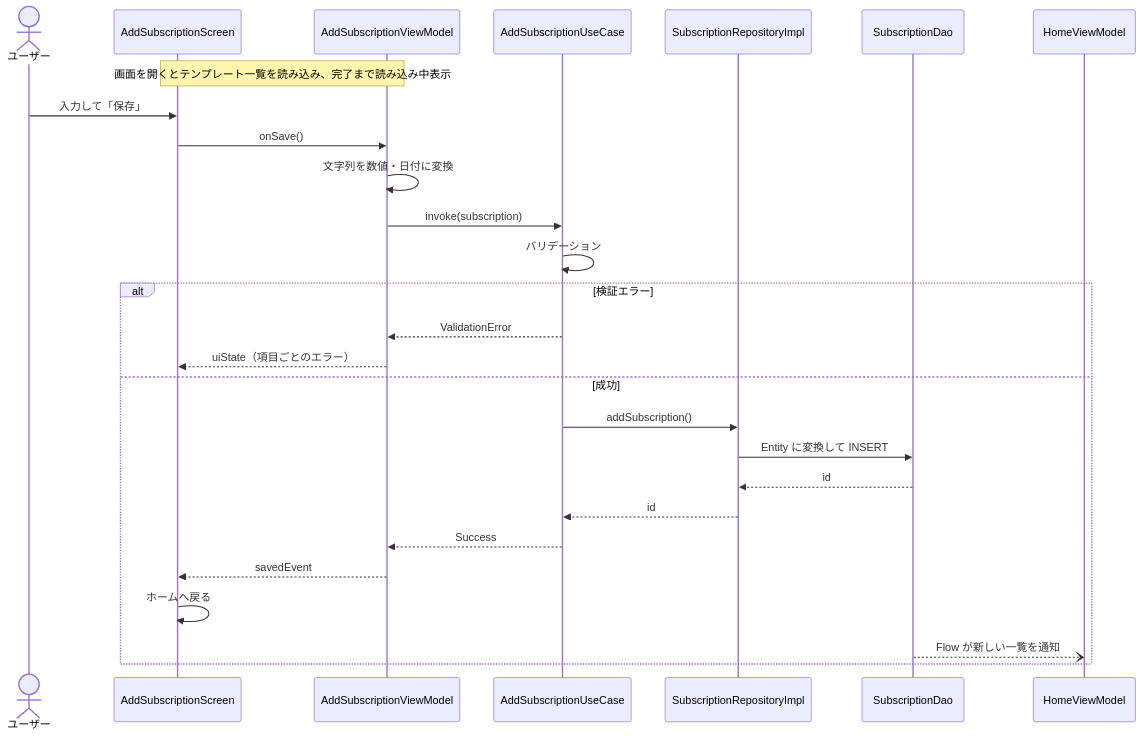
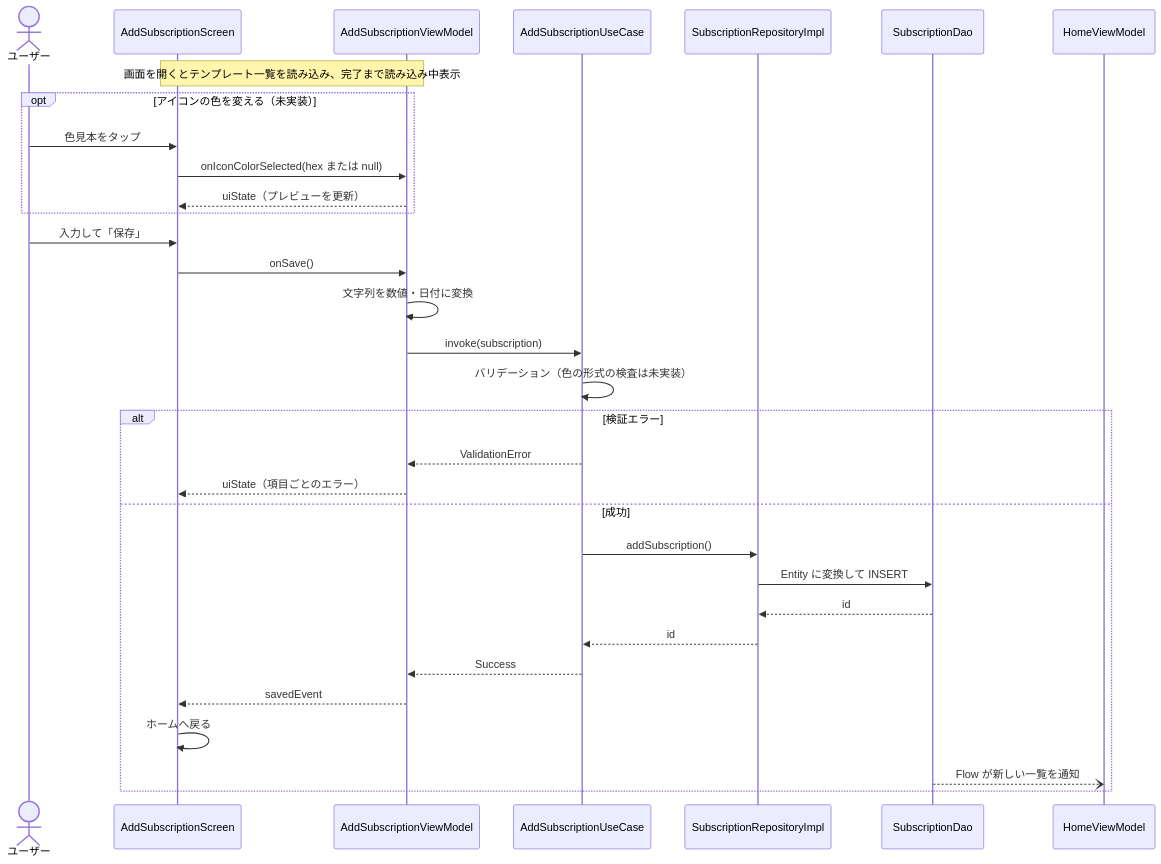
Before and after one commit to otk-sudo/SubKiru: the fifth of 6 diagrams in DESIGN.md, drawn with Mermaid. The commit also changed other lines of this file and 2 other files, not shown here.

````diff
--- a/DESIGN.md
+++ b/DESIGN.md
@@ -294,30 +400,35 @@
 ```mermaid
 sequenceDiagram
     actor User as ユーザー
     participant Screen as AddSubscriptionScreen
     participant VM as AddSubscriptionViewModel
     participant UC as AddSubscriptionUseCase
     participant Repo as SubscriptionRepositoryImpl
     participant Dao as SubscriptionDao
     participant Home as HomeViewModel
 
     Note over Screen,VM: 画面を開くとテンプレート一覧を読み込み、完了まで読み込み中表示
+    opt アイコンの色を変える（未実装）
+        User->>Screen: 色見本をタップ
+        Screen->>VM: onIconColorSelected(hex または null)
+        VM-->>Screen: uiState（プレビューを更新）
+    end
     User->>Screen: 入力して「保存」
     Screen->>VM: onSave()
     VM->>VM: 文字列を数値・日付に変換
     VM->>UC: invoke(subscription)
-    UC->>UC: バリデーション
+    UC->>UC: バリデーション（色の形式の検査は未実装）
     alt 検証エラー
         UC-->>VM: ValidationError
         VM-->>Screen: uiState（項目ごとのエラー）
     else 成功
         UC->>Repo: addSubscription()
         Repo->>Dao: Entity に変換して INSERT
         Dao-->>Repo: id
         Repo-->>UC: id
         UC-->>VM: Success
         VM-->>Screen: savedEvent
         Screen->>Screen: ホームへ戻る
         Dao--)Home: Flow が新しい一覧を通知
     end
 ```
````
